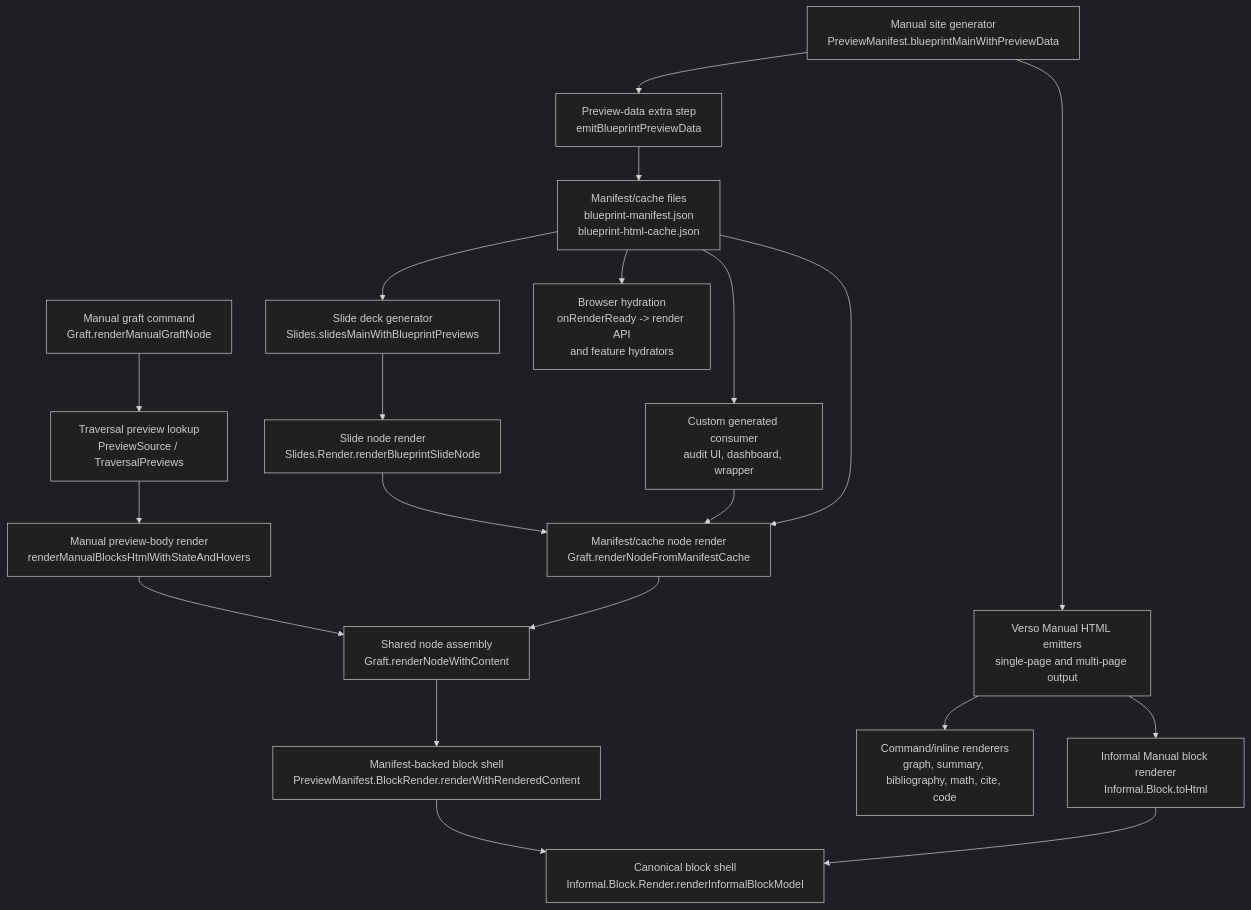
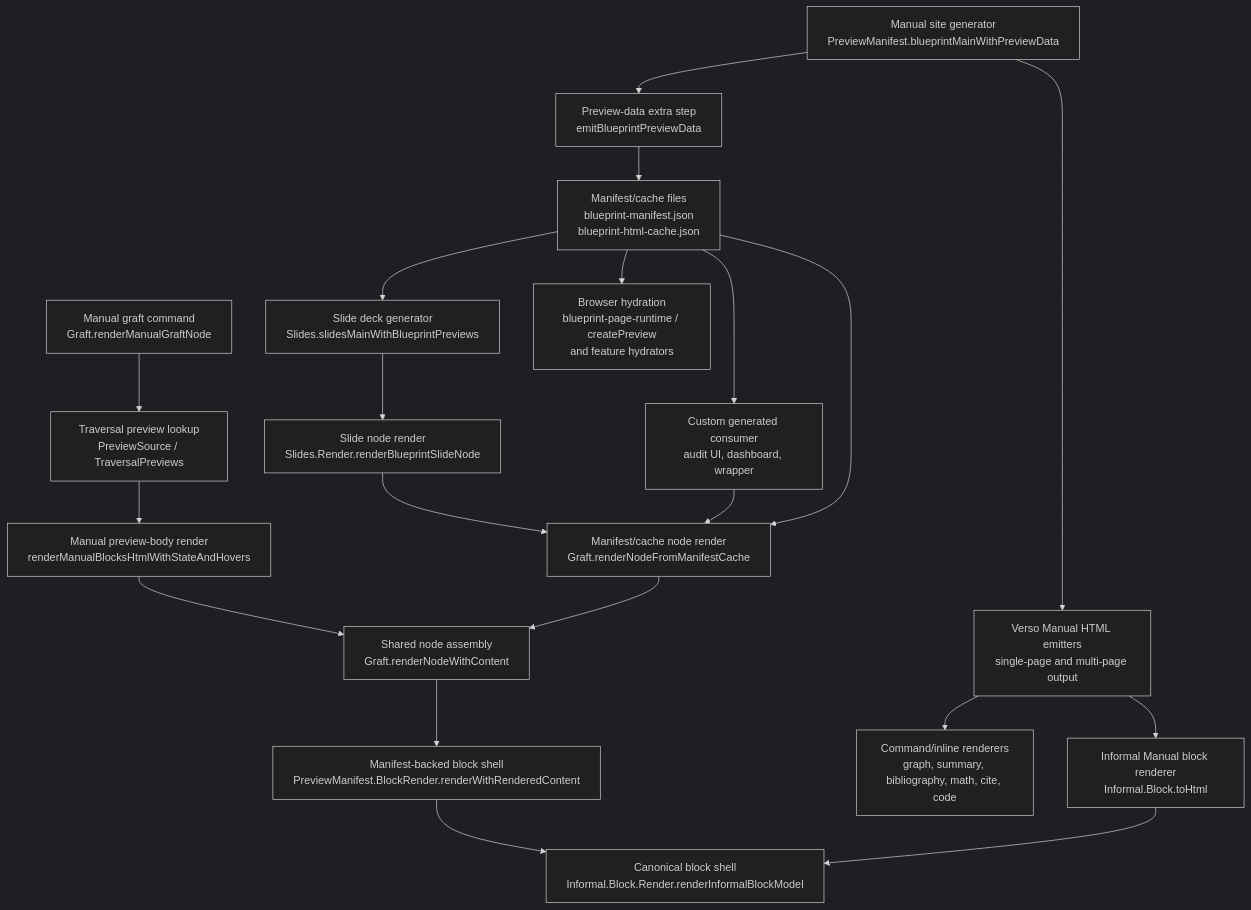
The second of 2 diagrams in doc/DESIGN_RATIONALE.md (eric-vergo/Showcase), drawn with Mermaid (dark theme) before and after one commit. The commit also changed other lines of this file and 44 other files, not shown here.

Commit message:
feat: standalone preview API

````diff
--- a/doc/DESIGN_RATIONALE.md
+++ b/doc/DESIGN_RATIONALE.md
@@ -276,44 +292,44 @@
 ```mermaid
 flowchart TD
   manualMain["Manual site generator<br/>PreviewManifest.blueprintMainWithPreviewData"]
   versoEmit["Verso Manual HTML emitters<br/>single-page and multi-page output"]
   informalManual["Informal Manual block renderer<br/>Informal.Block.toHtml"]
   commandRenderers["Command/inline renderers<br/>graph, summary, bibliography, math, cite, code"]
   previewExtra["Preview-data extra step<br/>emitBlueprintPreviewData"]
   previewFiles["Manifest/cache files<br/>blueprint-manifest.json<br/>blueprint-html-cache.json"]
 
   manualGraft["Manual graft command<br/>Graft.renderManualGraftNode"]
   traversalPreview["Traversal preview lookup<br/>PreviewSource / TraversalPreviews"]
   manualPreviewHtml["Manual preview-body render<br/>renderManualBlocksHtmlWithStateAndHovers"]
 
   slideMain["Slide deck generator<br/>Slides.slidesMainWithBlueprintPreviews"]
   slideRender["Slide node render<br/>Slides.Render.renderBlueprintSlideNode"]
   customRender["Custom generated consumer<br/>audit UI, dashboard, wrapper"]
   graftCache["Manifest/cache node render<br/>Graft.renderNodeFromManifestCache"]
   graftContent["Shared node assembly<br/>Graft.renderNodeWithContent"]
   manifestBlock["Manifest-backed block shell<br/>PreviewManifest.BlockRender.renderWithRenderedContent"]
   blockShell["Canonical block shell<br/>Informal.Block.Render.renderInformalBlockModel"]
-  browserRuntime["Browser hydration<br/>onRenderReady -> render API<br/>and feature hydrators"]
+  browserRuntime["Browser hydration<br/>blueprint-page-runtime / createPreview<br/>and feature hydrators"]
 
   manualMain --> versoEmit
   versoEmit --> informalManual
   versoEmit --> commandRenderers
   manualMain --> previewExtra
   previewExtra --> previewFiles
 
   manualGraft --> traversalPreview
   traversalPreview --> manualPreviewHtml
   manualPreviewHtml --> graftContent
 
   previewFiles --> slideMain
   slideMain --> slideRender
   slideRender --> graftCache
   previewFiles --> customRender
   customRender --> graftCache
   previewFiles --> graftCache
   graftCache --> graftContent
   graftContent --> manifestBlock
   manifestBlock --> blockShell
   informalManual --> blockShell
   previewFiles --> browserRuntime
 ```
````
